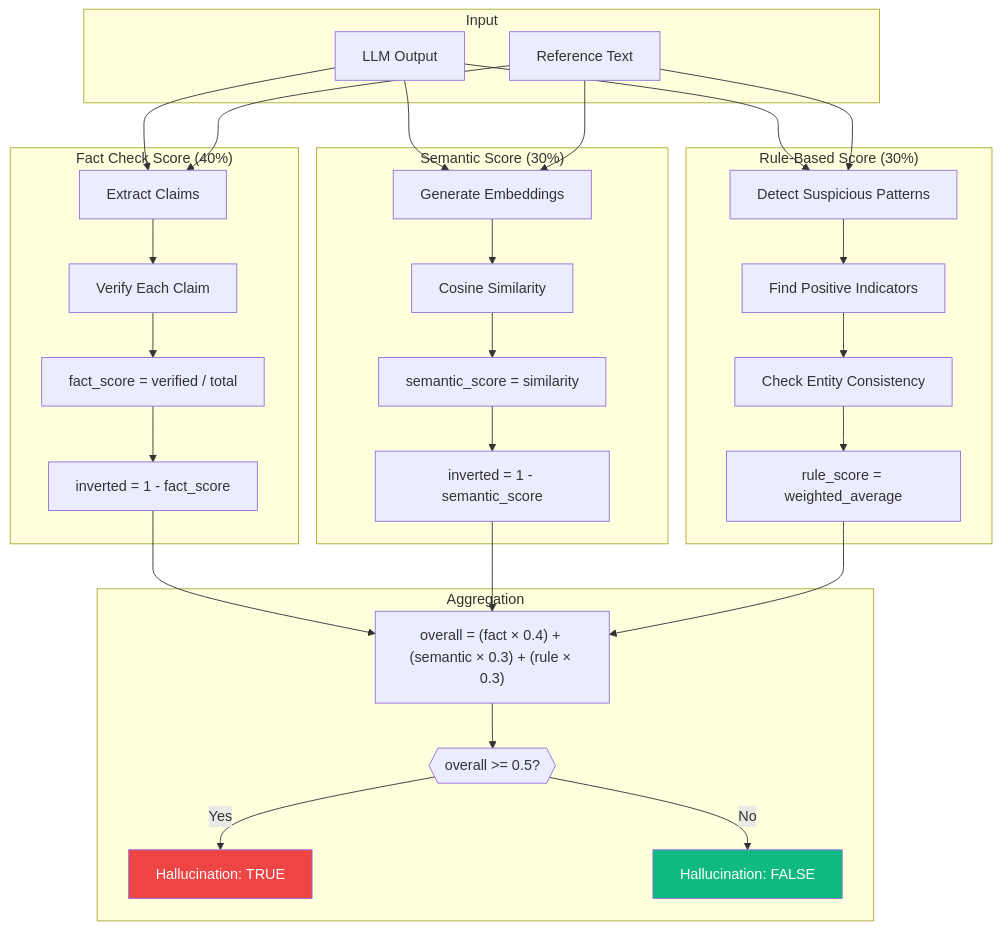
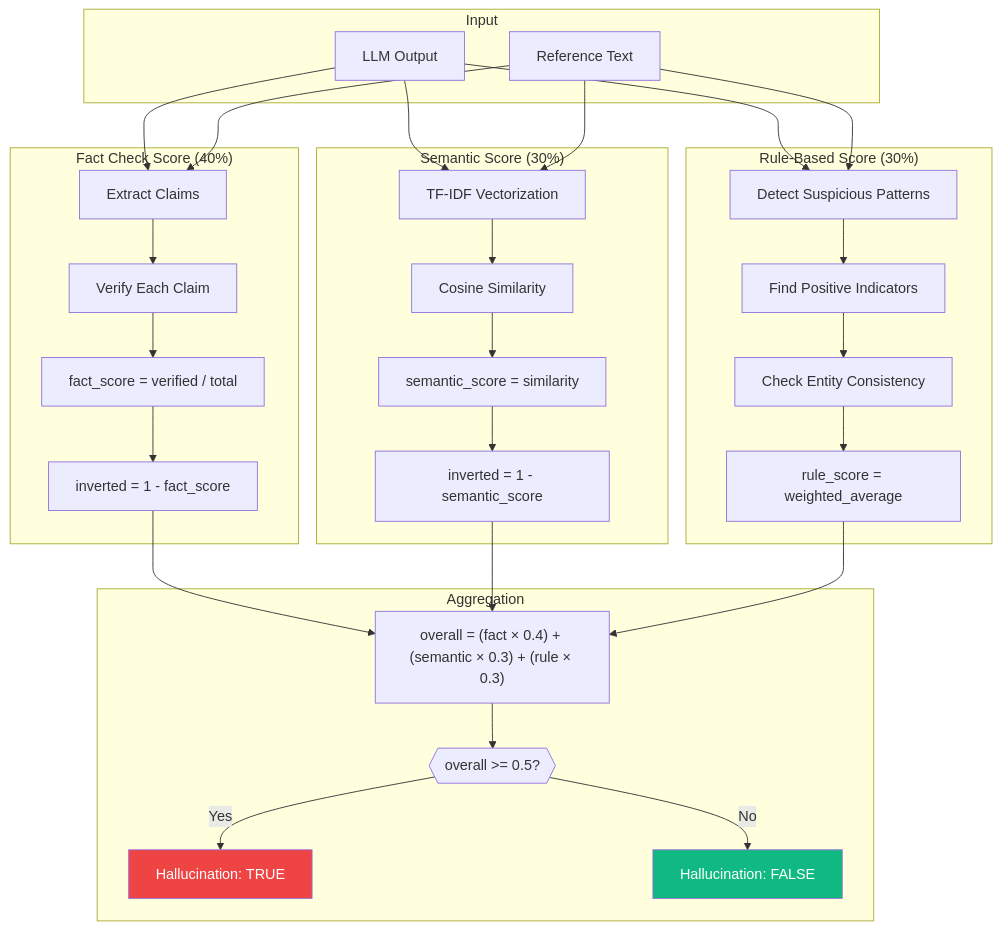
Before and after one commit to rishi02102017/HalluciDetect: the fourth of 8 diagrams in README.md, drawn with Mermaid. The commit also changed other lines of this file and 1 other file, not shown here.

Commit message:
Fix: Clean up TF-IDF implementation, update README docs

````diff
--- a/README.md
+++ b/README.md
@@ -182,58 +182,58 @@
 ```mermaid
 flowchart TB
     subgraph Input
         LLM_OUT[LLM Output]
         REF[Reference Text]
     end
 
     subgraph FactCheck["Fact Check Score (40%)"]
         FC1[Extract Claims]
         FC2[Verify Each Claim]
         FC3["fact_score = verified / total"]
         FC4["inverted = 1 - fact_score"]
     end
 
     subgraph Semantic["Semantic Score (30%)"]
-        SS1[Generate Embeddings]
+        SS1[TF-IDF Vectorization]
         SS2[Cosine Similarity]
         SS3["semantic_score = similarity"]
         SS4["inverted = 1 - semantic_score"]
     end
 
     subgraph RuleBased["Rule-Based Score (30%)"]
         RB1[Detect Suspicious Patterns]
         RB2[Find Positive Indicators]
         RB3[Check Entity Consistency]
         RB4["rule_score = weighted_average"]
     end
 
     subgraph Aggregation
         AGG["overall = (fact × 0.4) + (semantic × 0.3) + (rule × 0.3)"]
         THRESHOLD{{"overall >= 0.5?"}}
         HALL[Hallucination: TRUE]
         VERIFIED[Hallucination: FALSE]
     end
 
     LLM_OUT --> FC1
     REF --> FC1
     FC1 --> FC2 --> FC3 --> FC4
 
     LLM_OUT --> SS1
     REF --> SS1
     SS1 --> SS2 --> SS3 --> SS4
 
     LLM_OUT --> RB1
     REF --> RB1
     RB1 --> RB2 --> RB3 --> RB4
 
     FC4 --> AGG
     SS4 --> AGG
     RB4 --> AGG
 
     AGG --> THRESHOLD
     THRESHOLD -->|Yes| HALL
     THRESHOLD -->|No| VERIFIED
 
     style HALL fill:#ef4444,color:#fff
     style VERIFIED fill:#10b981,color:#fff
 ```
````
